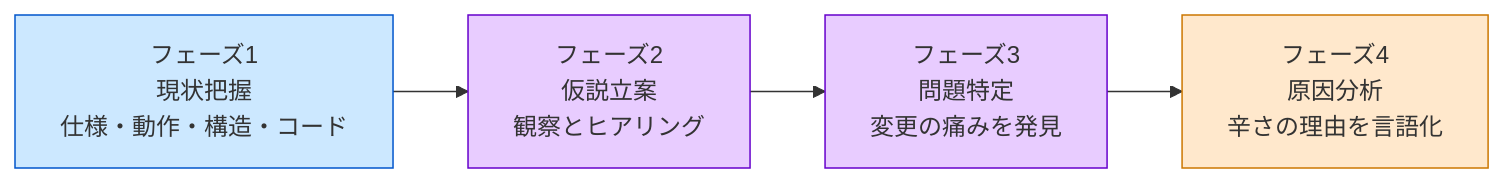
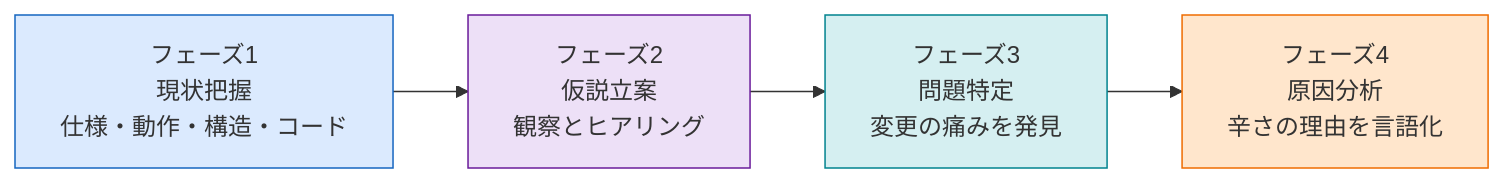
One commit to kumachan1101-pixel/DesignPattern changed the first of 4 diagrams in kindle/design-patterns/books/volume01-core-patterns/output/02-chapter00.md. Above: the diagram before and after it, drawn with Mermaid. The commit also changed other lines of this file and 6 other files, not shown here.

````diff
--- a/kindle/design-patterns/books/volume01-core-patterns/output/02-chapter00.md
+++ b/kindle/design-patterns/books/volume01-core-patterns/output/02-chapter00.md
@@ -92,13 +92,13 @@
 ```mermaid
 flowchart LR
     PH1["フェーズ1<br>現状把握<br>仕様・動作・構造・コード"]
     PH2["フェーズ2<br>仮説立案<br>観察とヒアリング"]
     PH3["フェーズ3<br>問題特定<br>変更の痛みを発見"]
     PH4["フェーズ4<br>原因分析<br>辛さの理由を言語化"]
     PH1 --> PH2 --> PH3 --> PH4
 
-    style PH1 fill:#cce8ff,stroke:#0055cc
-    style PH2 fill:#e8ccff,stroke:#6600cc
-    style PH3 fill:#e8ccff,stroke:#6600cc
-    style PH4 fill:#ffe8cc,stroke:#cc7700
+    style PH1 fill:#dbeafe,stroke:#1565c0
+    style PH2 fill:#ede0f7,stroke:#6a1b9a
+    style PH3 fill:#d5eff1,stroke:#00838f
+    style PH4 fill:#ffe6cc,stroke:#ef6c00
 ```
````
